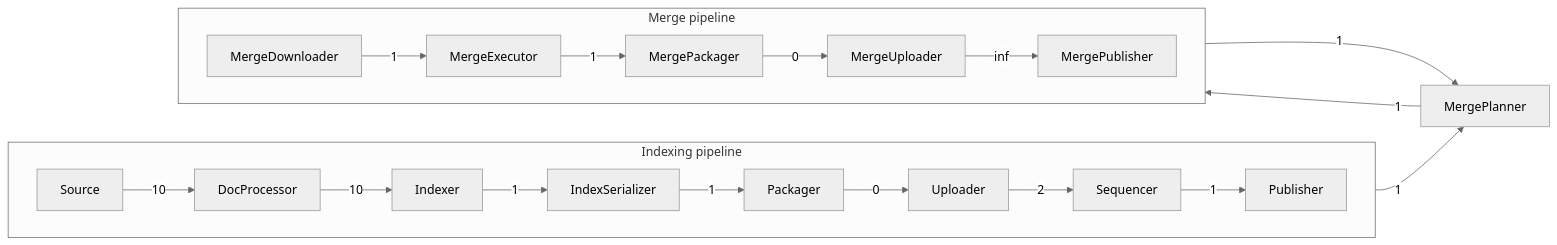
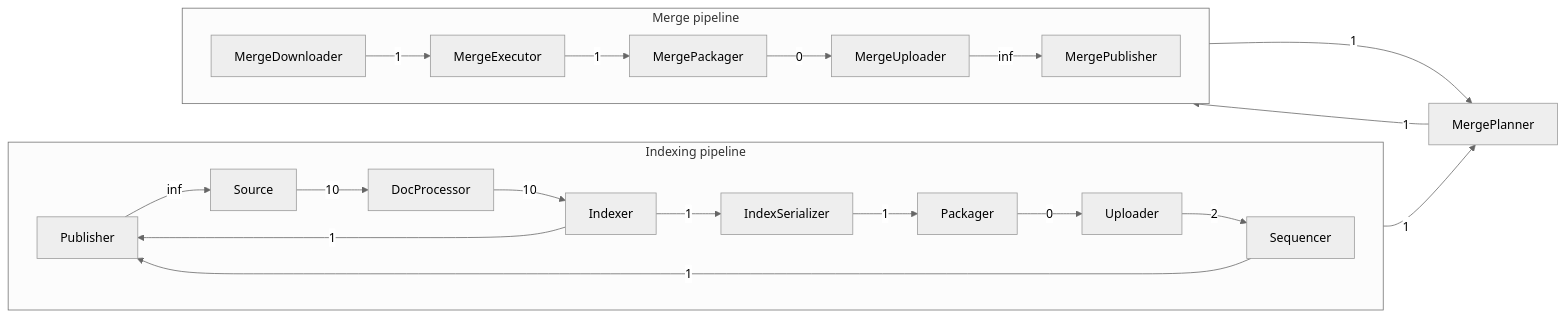
The diagram in quickwit/quickwit-indexing/README.md (quickwit-oss/quickwit), drawn with Mermaid (neutral theme) before and after one commit. The commit also changed 3 other files, not shown here.

First line of the commit message:
Refactor Indexer to talk directly to Publisher

````diff
--- a/quickwit/quickwit-indexing/README.md
+++ b/quickwit/quickwit-indexing/README.md
@@ -1,23 +1,25 @@
 ```mermaid
 flowchart LR
     subgraph Indexing pipeline
         direction LR
+        publisher --inf--> source
         source[Source] --10--> doc_processor
         doc_processor[DocProcessor] --10--> indexer
         indexer[Indexer] --1--> serializer
         serializer[IndexSerializer] --1--> packager
         packager[Packager] --0--> uploader
         uploader[Uploader] --2--> sequencer
         sequencer[Sequencer] --1--> publisher
+        indexer[Indexer] --1--> publisher
     end
     subgraph Merge pipeline
         direction LR
         merge_downloader[MergeDownloader] --1--> merge_executor
         merge_executor[MergeExecutor] --1--> merge_packager
         merge_packager[MergePackager] --0--> merge_uploader
         merge_uploader[MergeUploader] --inf--> merge_publisher
     end
     merge_planner[MergePlanner] --1--> merge_downloader
     merge_publisher[MergePublisher] --1--> merge_planner
     publisher[Publisher] --1--> merge_planner
 ```
````
